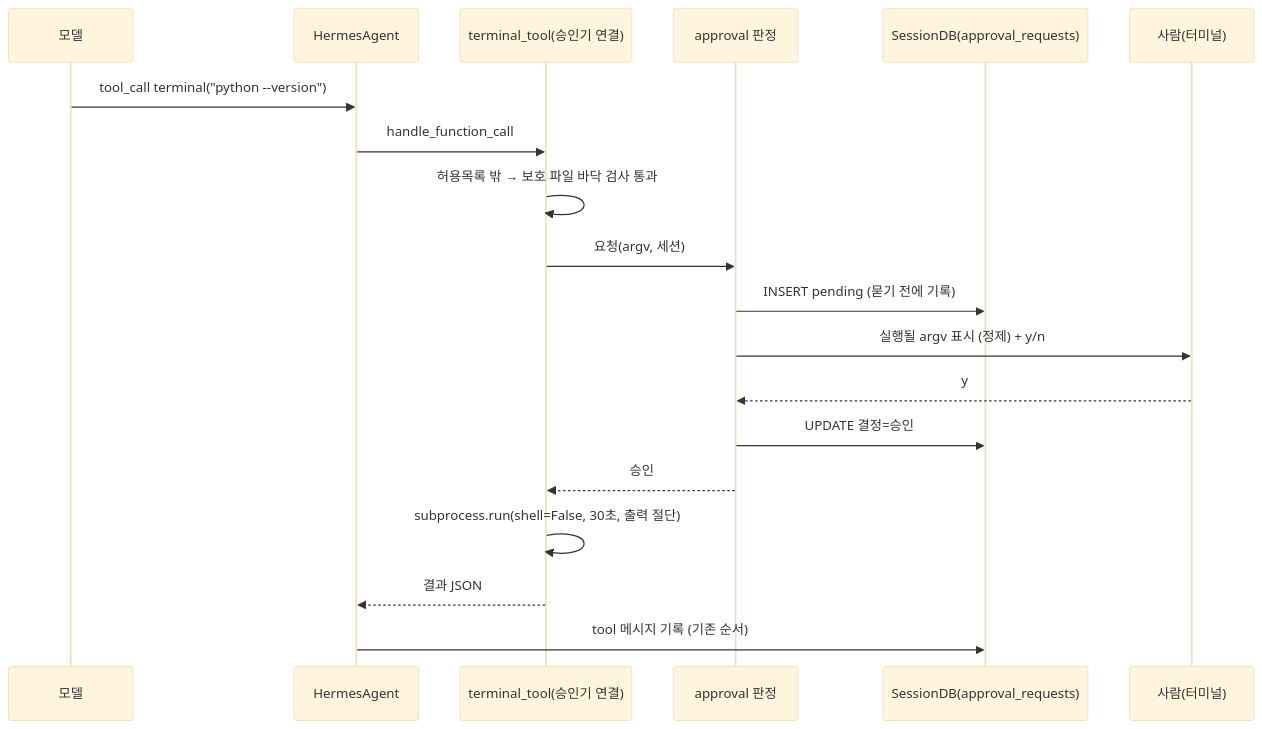
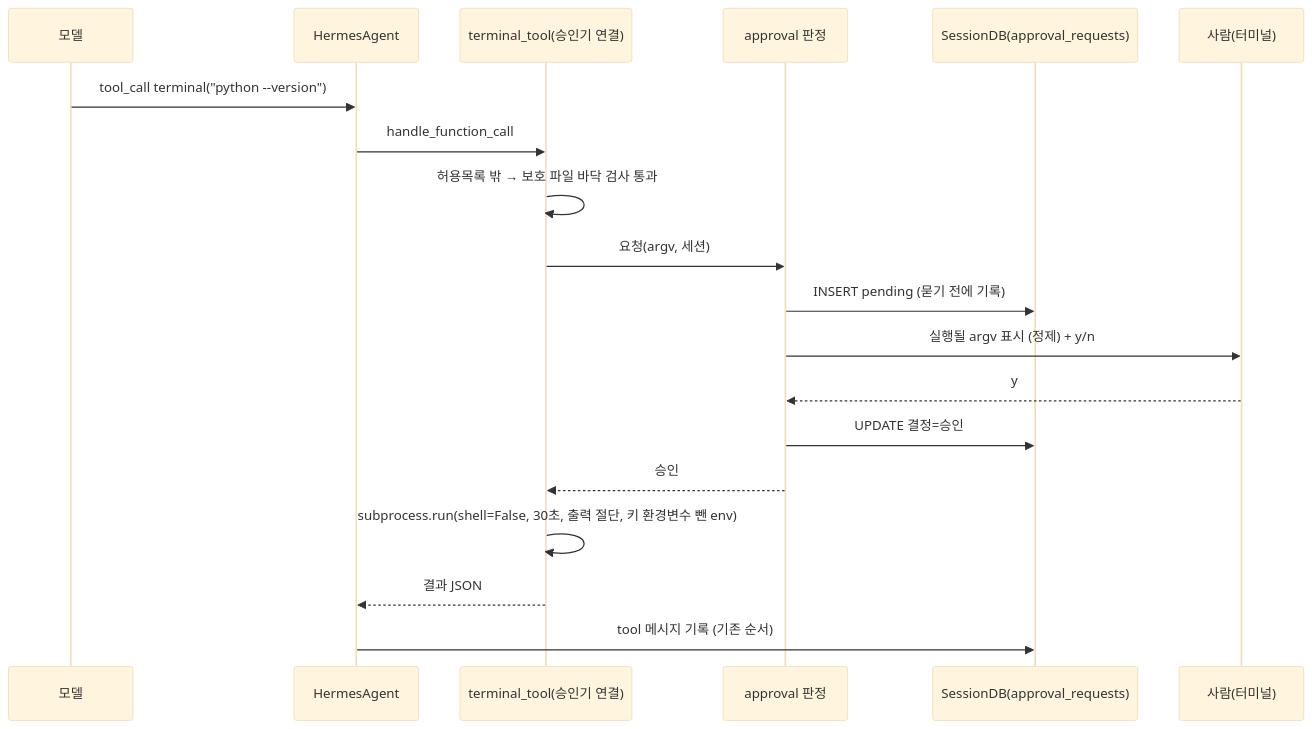
One commit to RadiantCitron/hermes-agent-study changed the second of 2 diagrams in docs/로드맵/10-승인-흐름-MVP/ROADMAP.md. Above: the diagram before and after it, drawn with Mermaid (base theme). The commit also changed other lines of this file, not shown here.

First line of the commit message:
docs(roadmap): R10-PLAN - 설계도·대시보드·계획 메모에 키 환경변수 차단과 명시 주입 반영

````diff
--- a/docs/로드맵/10-승인-흐름-MVP/ROADMAP.md
+++ b/docs/로드맵/10-승인-흐름-MVP/ROADMAP.md
@@ -66,21 +66,21 @@
 ```mermaid
 sequenceDiagram
   participant M as 모델
   participant A as HermesAgent
   participant T as terminal_tool(승인기 연결)
   participant AP as approval 판정
   participant DB as SessionDB(approval_requests)
   participant H as 사람(터미널)
   M->>A: tool_call terminal("python --version")
   A->>T: handle_function_call
   T->>T: 허용목록 밖 → 보호 파일 바닥 검사 통과
   T->>AP: 요청(argv, 세션)
   AP->>DB: INSERT pending (묻기 전에 기록)
   AP->>H: 실행될 argv 표시 (정제) + y/n
   H-->>AP: y
   AP->>DB: UPDATE 결정=승인
   AP-->>T: 승인
-  T->>T: subprocess.run(shell=False, 30초, 출력 절단)
+  T->>T: subprocess.run(shell=False, 30초, 출력 절단, 키 환경변수 뺀 env)
   T-->>A: 결과 JSON
   A->>DB: tool 메시지 기록 (기존 순서)
 ```
````
